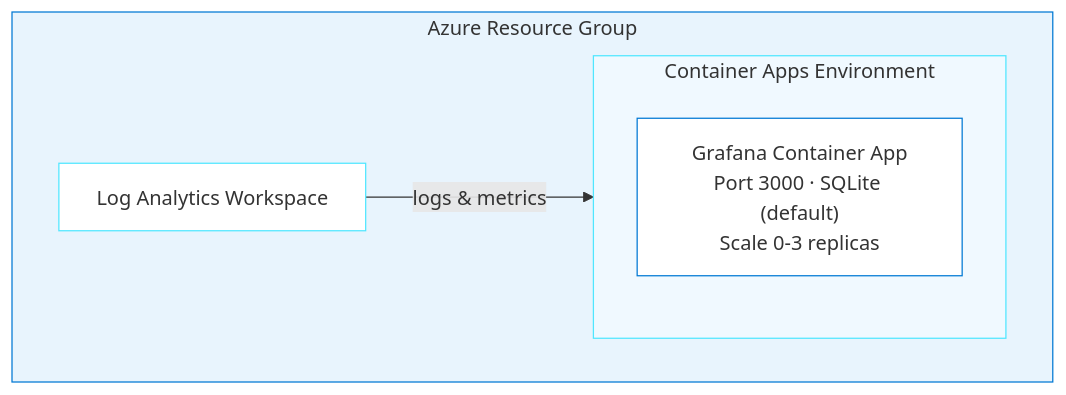
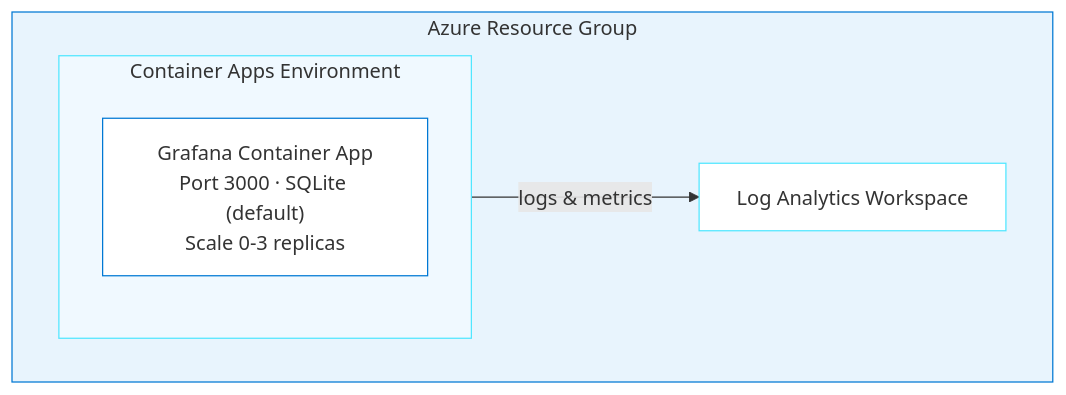
The diagram in journeys/grafana/README.md (DanWahlin/github-azure-agentic-journeys), drawn with Mermaid before and after one commit. The commit also changed other lines of this file and 21 other files, not shown here.

````diff
--- a/journeys/grafana/README.md
+++ b/journeys/grafana/README.md
@@ -64,16 +64,16 @@
 ```mermaid
 graph TB
     subgraph RG["Azure Resource Group"]
         LA["Log Analytics Workspace"]
         subgraph CAE["Container Apps Environment"]
             GF["Grafana Container App<br/>Port 3000 · SQLite (default)<br/>Scale 0-3 replicas"]
         end
     end
 
-    LA -->|logs & metrics| CAE
+    CAE -->|logs & metrics| LA
 
     style RG fill:#e8f4fd,stroke:#0078D4
     style CAE fill:#f0f9ff,stroke:#50e6ff
     style GF fill:#fff,stroke:#0078D4
     style LA fill:#fff,stroke:#50e6ff
 ```
````
